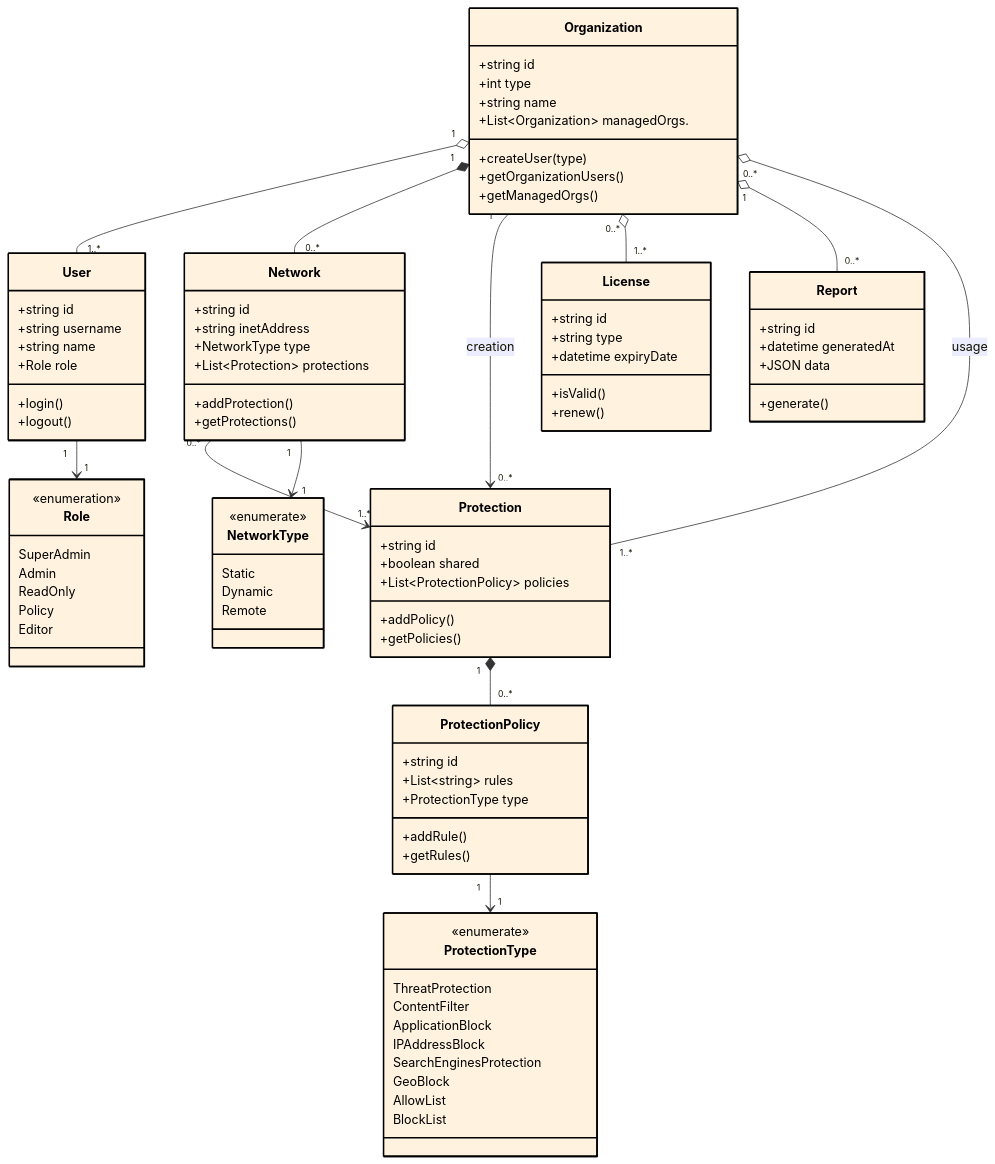
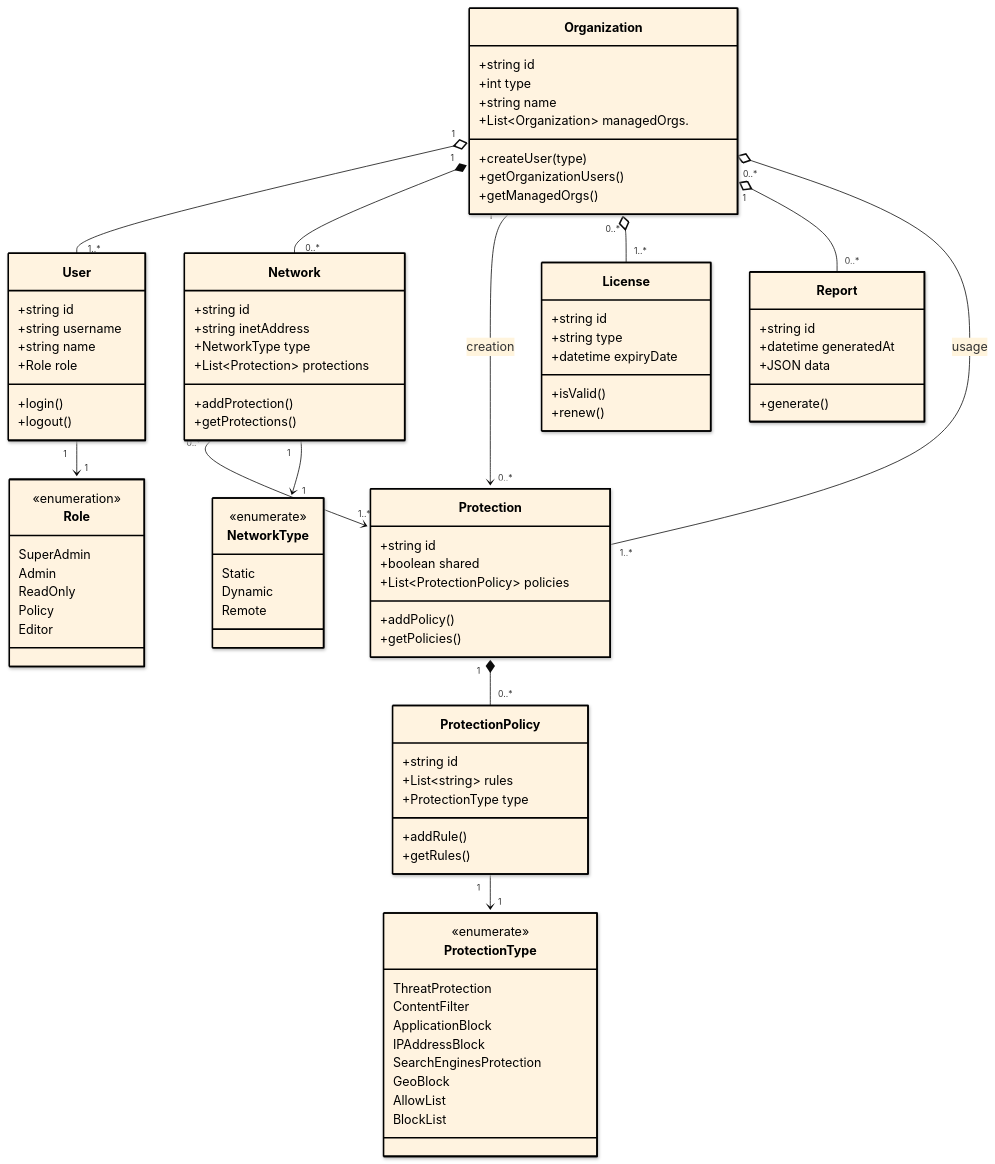
The diagram in figures/src/domain_model.mmd (alberto-spadoni3/my-masters-thesis), drawn with Mermaid before and after one commit. The commit also changed 1 other file, not shown here.

````diff
--- a/figures/src/domain_model.mmd
+++ b/figures/src/domain_model.mmd
@@ -7,93 +1,97 @@
-```mermaid
+---
+config:
+  look: neo
+  theme: base
+  layout: dagre
+---
 classDiagram
 direction TD
     class Organization:::customStyle {
         +string id
         +int type
         +string name
         +List~Organization~ managedOrgs.              
         +createUser(type)
         +getOrganizationUsers()
         +getManagedOrgs()
     }
     class User:::customStyle {
         +string id
         +string username
         +string name
         +Role role
         +login()
         +logout()
     }
     class License:::customStyle {
         +string id
         +string type
         +datetime expiryDate
         +isValid()
         +renew()
     }
     class Report:::customStyle {
         +string id
         +datetime generatedAt
         +JSON data
         +generate()
     }
     class Protection:::customStyle {
         +string id
         +boolean shared
         +List~ProtectionPolicy~ policies
         +addPolicy()
         +getPolicies()
     }
     class ProtectionPolicy:::customStyle {
         +string id
         +List~string~ rules
         +ProtectionType type
         +addRule()
         +getRules()
     }
     class Network:::customStyle {
         +string id
         +string inetAddress
         +NetworkType type
         +List~Protection~ protections   
         +addProtection()
         +getProtections()
     }
     class ProtectionType:::customStyle {
         <<enumerate>>
         ThreatProtection
         ContentFilter
         ApplicationBlock
         IPAddressBlock
         SearchEnginesProtection
         GeoBlock
         AllowList
         BlockList
     }
     class Role:::customStyle {
         <<enumeration>>
         SuperAdmin
         Admin
         ReadOnly
         Policy
         Editor
     }
     class NetworkType:::customStyle {
         <<enumerate>>
         Static
         Dynamic
         Remote
     }
     Organization "1" o-- "1..*" User
     Organization "1" *-- "0..*" Network
     Organization "1" --> "0..*" Protection : creation
     Organization "0..*" o-- "1..*" License
     Organization "1" o-- "0..*" Report
     Network "0..*" --> "1..*" Protection
     Network "1" --> "1" NetworkType
     Protection "1" *-- "0..*" ProtectionPolicy
     Protection "1..*" --o "0..*" Organization : usage
     ProtectionPolicy "1" --> "1" ProtectionType
     User "1" --> "1" Role
     classDef customStyle fill:#FFF3E0, color:#000, stroke:#000, stroke-width:2px;
-```
````
